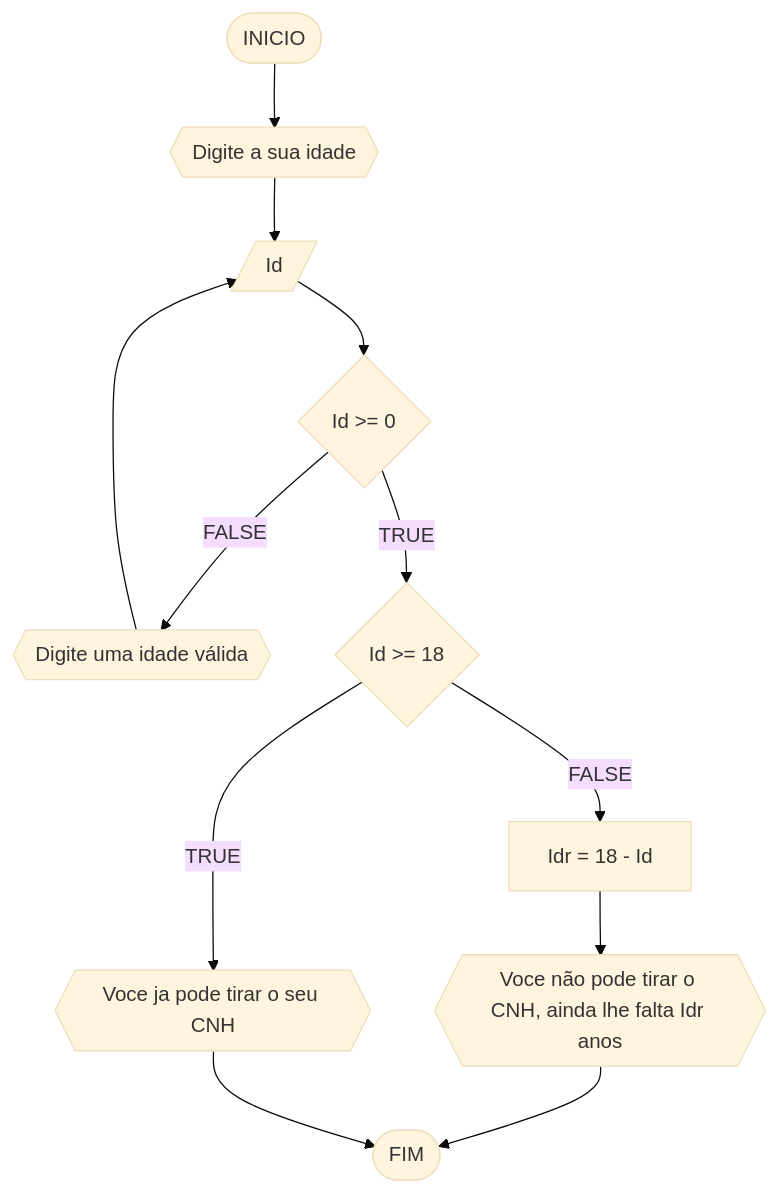
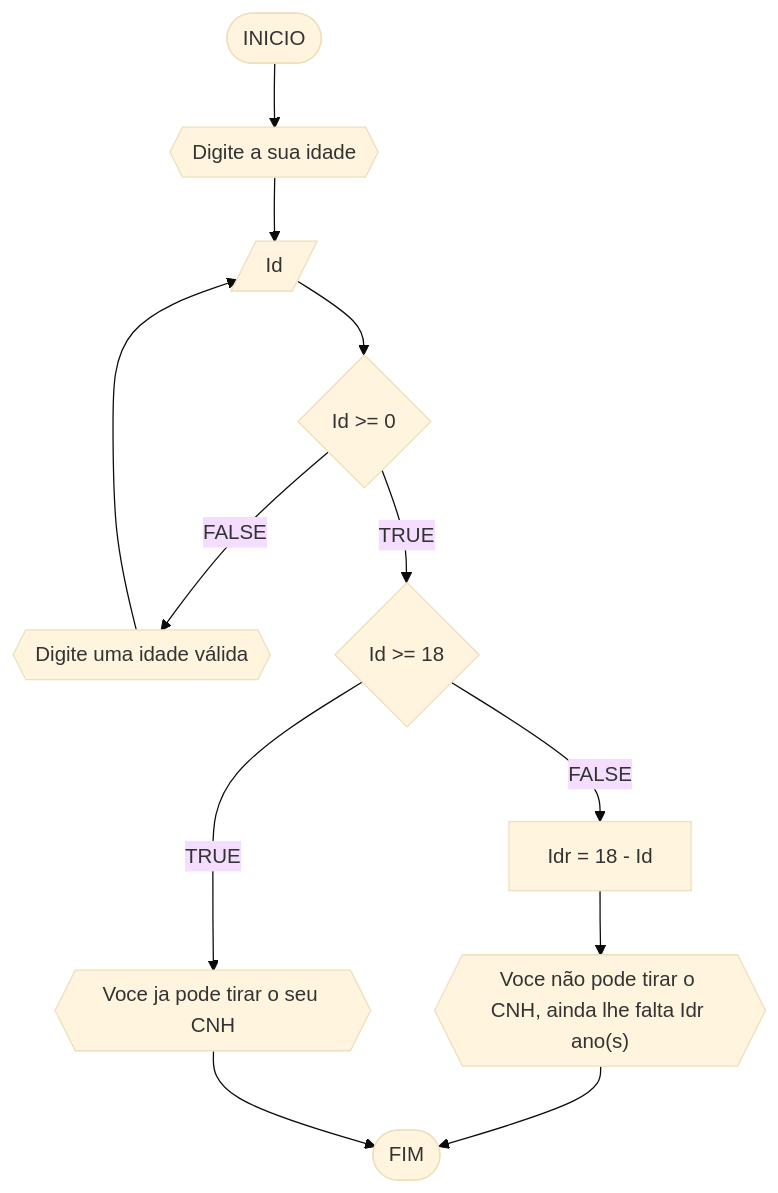
One commit to Px1906/unifor changed the fourth of 4 diagrams in RLA/Lista1.md. Above: the diagram before and after it, drawn with Mermaid (base theme). The commit also changed other lines of this file, not shown here.

````diff
--- a/RLA/Lista1.md
+++ b/RLA/Lista1.md
@@ -160,14 +160,14 @@
 ```mermaid
 flowchart TD
 A([INICIO]) --> B{{Digite a sua idade}}
 B --> C[/Id/]
 C --> D{Id >= 0}
 D --FALSE--> E{{Digite uma idade válida}}
 E --> C
 D --TRUE--> F{Id >= 18}
 F --FALSE--> G[Idr = 18 - Id]
-G --> H{{Voce não pode tirar o CNH, ainda lhe falta Idr anos}}
+G --> H{{"Voce não pode tirar o CNH, ainda lhe falta Idr ano(s)"}} 
 F --TRUE--> I{{Voce ja pode tirar o seu CNH}}
 H --> Z([FIM])
 I --> Z
 ```
````
